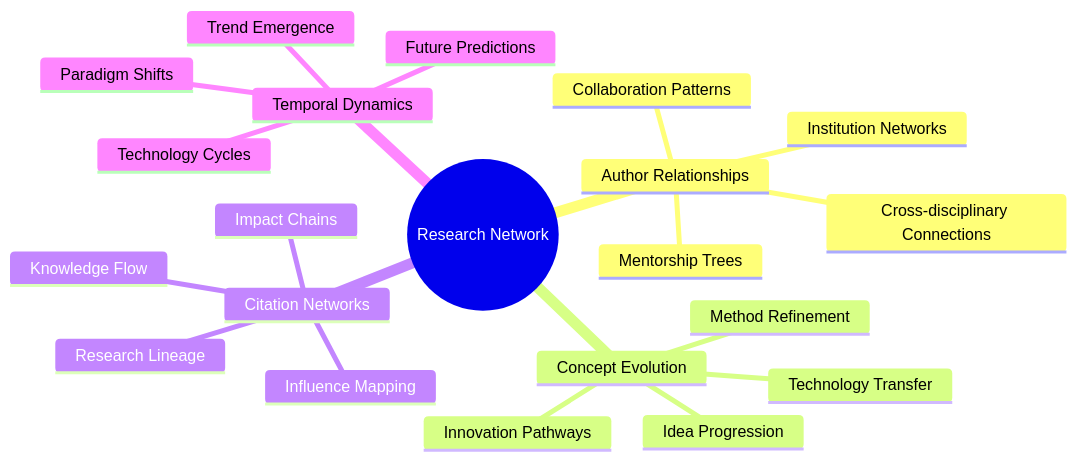
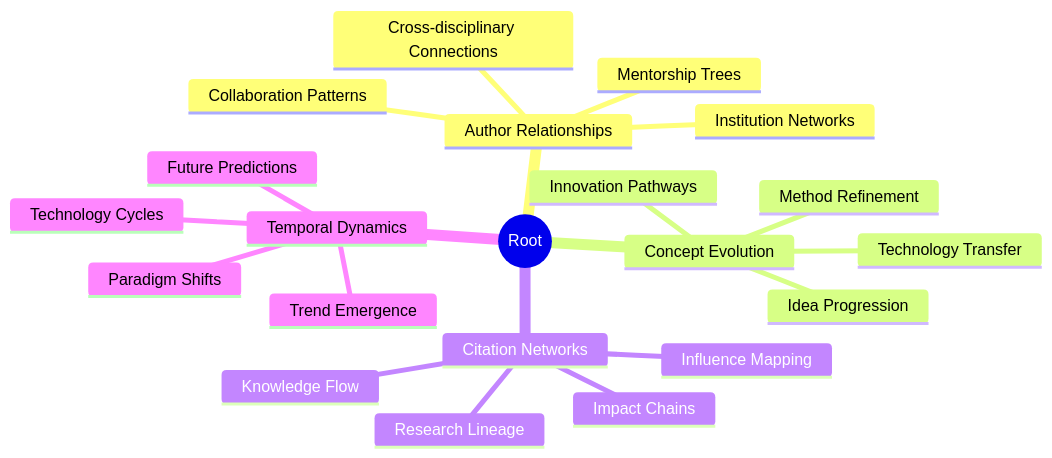
The fourth of 9 diagrams in docs/research_integration_platform.md (sachin-deshik-10/RADAR_LIBRARY), drawn with Mermaid before and after one commit. The commit also changed other lines of this file and 22 other files, not shown here.

First line of the commit message:
Implement automated Mermaid diagram fixer and validator

````diff
--- a/docs/research_integration_platform.md
+++ b/docs/research_integration_platform.md
@@ -78,24 +78,24 @@
 ```mermaid
 mindmap
-  root((Research Network))
+  root((Root))
     Author Relationships
       Collaboration Patterns
       Institution Networks
       Mentorship Trees
       Cross-disciplinary Connections
     Concept Evolution
       Idea Progression
       Method Refinement
       Technology Transfer
       Innovation Pathways
     Citation Networks
       Influence Mapping
       Impact Chains
       Knowledge Flow
       Research Lineage
     Temporal Dynamics
       Trend Emergence
       Paradigm Shifts
       Technology Cycles
       Future Predictions
 ```
````
